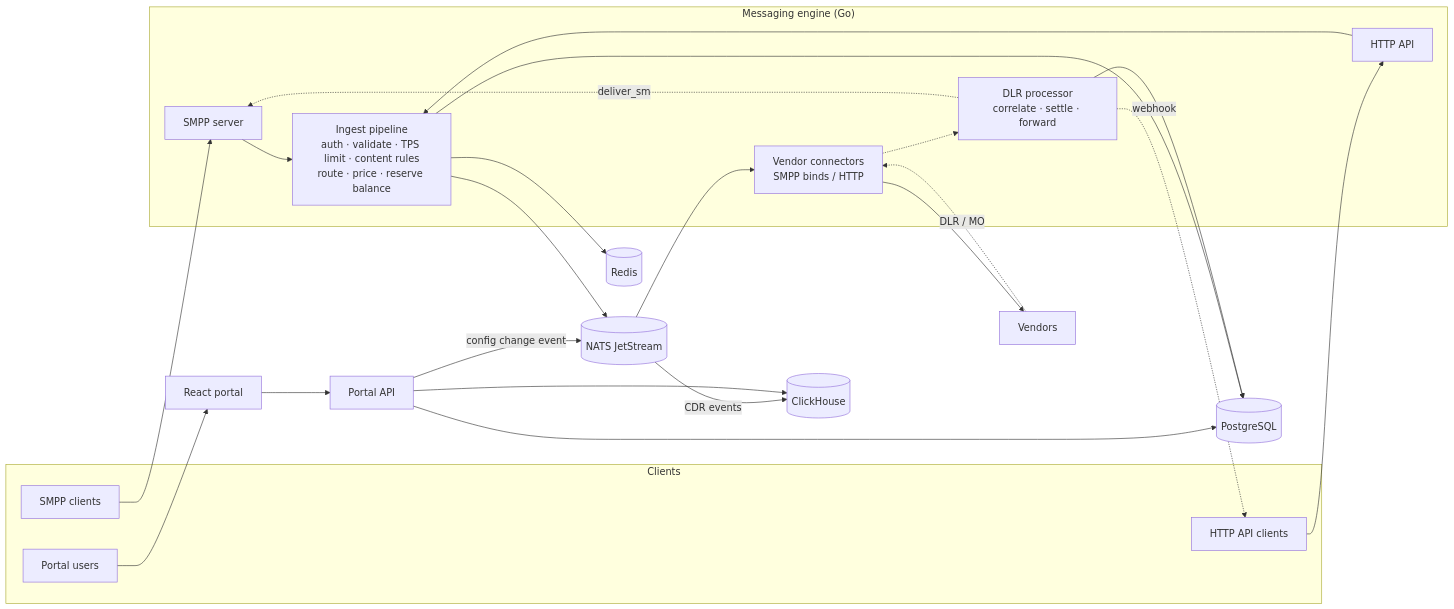
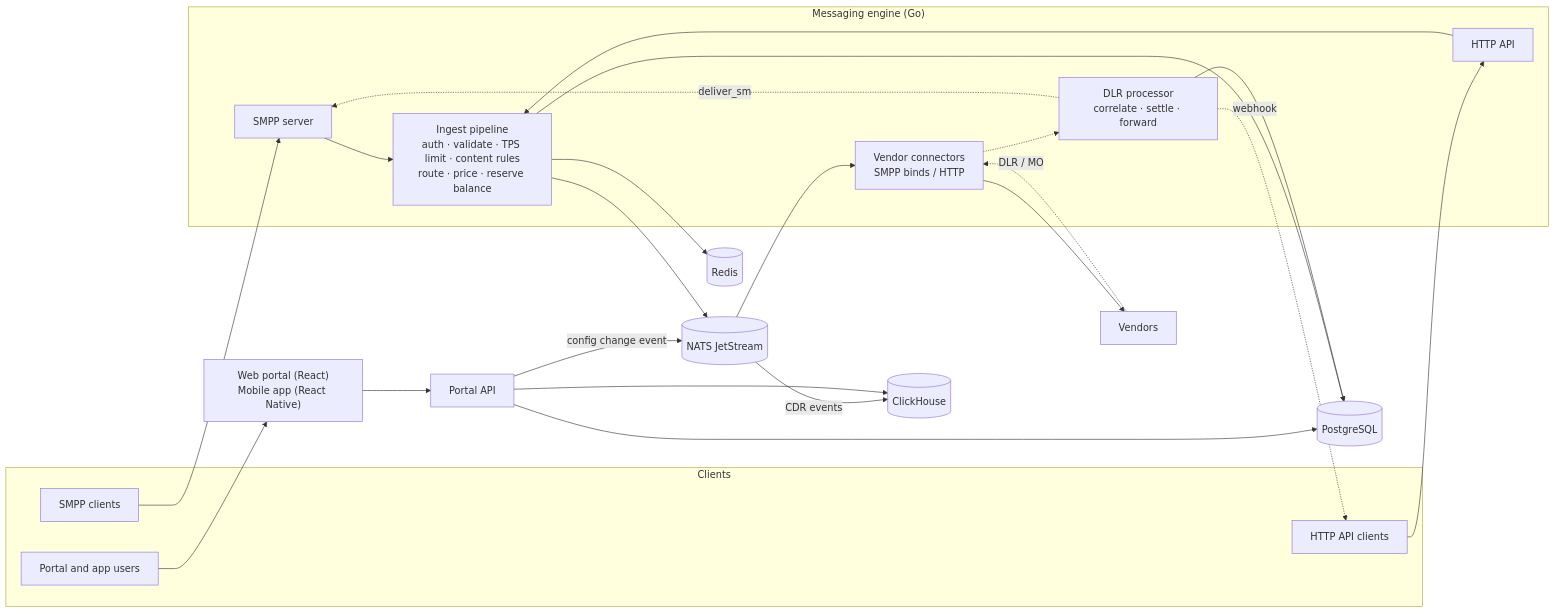
The second of 2 diagrams in docs/MODERNIZATION_PLAN.md (Adnan-Dogar/Telivoz-Kannel-Gateway-), drawn with Mermaid before and after one commit. The commit also changed other lines of this file, not shown here.

First line of the commit message:
Expand plan with modern GUI section for web and mobile

````diff
--- a/docs/MODERNIZATION_PLAN.md
+++ b/docs/MODERNIZATION_PLAN.md
@@ -133,36 +134,36 @@
 ```mermaid
 flowchart LR
   subgraph Clients
     SC[SMPP clients]
     HC[HTTP API clients]
-    PU[Portal users]
+    PU[Portal and app users]
   end
   subgraph Engine["Messaging engine (Go)"]
     SS[SMPP server]
     HA[HTTP API]
     IN["Ingest pipeline<br/>auth · validate · TPS limit · content rules<br/>route · price · reserve balance"]
     VC["Vendor connectors<br/>SMPP binds / HTTP"]
     DP["DLR processor<br/>correlate · settle · forward"]
   end
   Q[(NATS JetStream)]
   PG[(PostgreSQL)]
   R[(Redis)]
   CH[(ClickHouse)]
   API[Portal API]
-  UI[React portal]
+  UI["Web portal (React)<br/>Mobile app (React Native)"]
   SC --> SS --> IN
   HC --> HA --> IN
   IN --> Q --> VC --> V[Vendors]
   V -.->|"DLR / MO"| VC
   VC -.-> DP
   DP -.->|"deliver_sm"| SS
   DP -.->|"webhook"| HC
   IN --> PG
   DP --> PG
   IN --> R
   Q -->|CDR events| CH
   PU --> UI --> API
   API --> PG
   API --> CH
   API -->|config change event| Q
 ```
````
